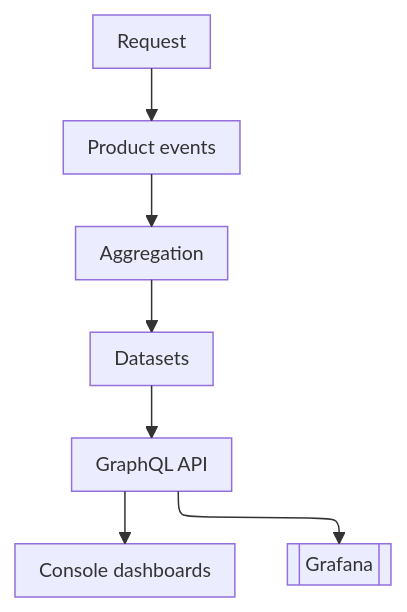
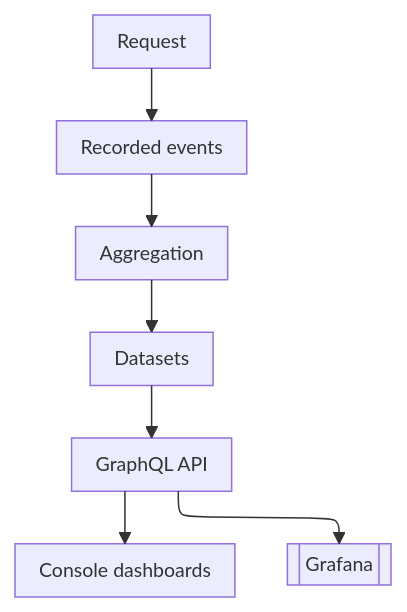
Before and after one commit to aziontech/docs: the diagram in apps/docs/src/content/docs/en/pages/observe/real-time-metrics/how-it-works.mdx, drawn with Mermaid. The commit also changed other lines of this file and 9 other files, not shown here.

````diff
--- a/apps/docs/src/content/docs/en/pages/observe/real-time-metrics/how-it-works.mdx
+++ b/apps/docs/src/content/docs/en/pages/observe/real-time-metrics/how-it-works.mdx
@@ -26,10 +26,10 @@
 ```mermaid
 %%{init: {"layout": "elk", "themeVariables": {"fontSize": "13px"}, "flowchart": {"nodeSpacing": 24, "rankSpacing": 36, "padding": 8, "wrappingWidth": 150, "useMaxWidth": true}, "sequence": {"width": 120, "actorMargin": 30, "useMaxWidth": true}}}%%
 flowchart TD
-  Req["Request"] --> Ev["Product events"]
+  Req["Request"] --> Ev["Recorded events"]
   Ev --> Agg["Aggregation"]
   Agg --> DS["Datasets"]
   DS --> API["GraphQL API"]
   API --> Con["Console dashboards"]
   API --> Gr[["Grafana"]]
 ```
````
